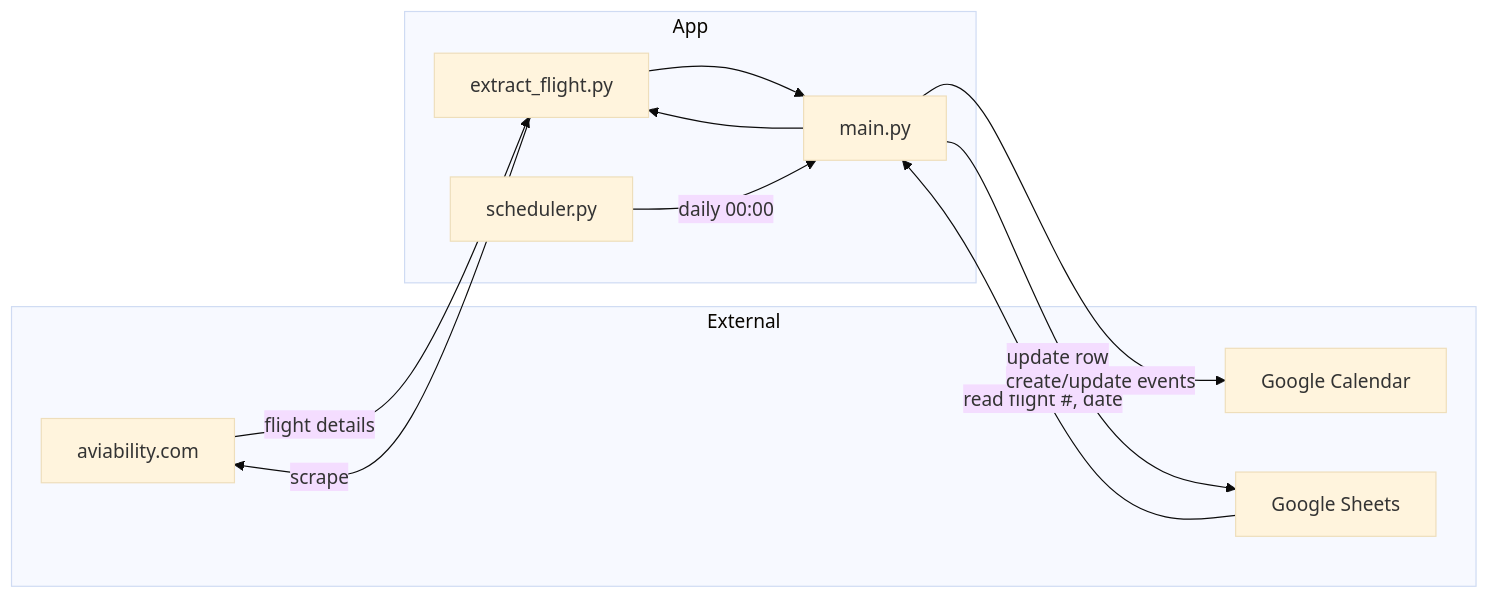
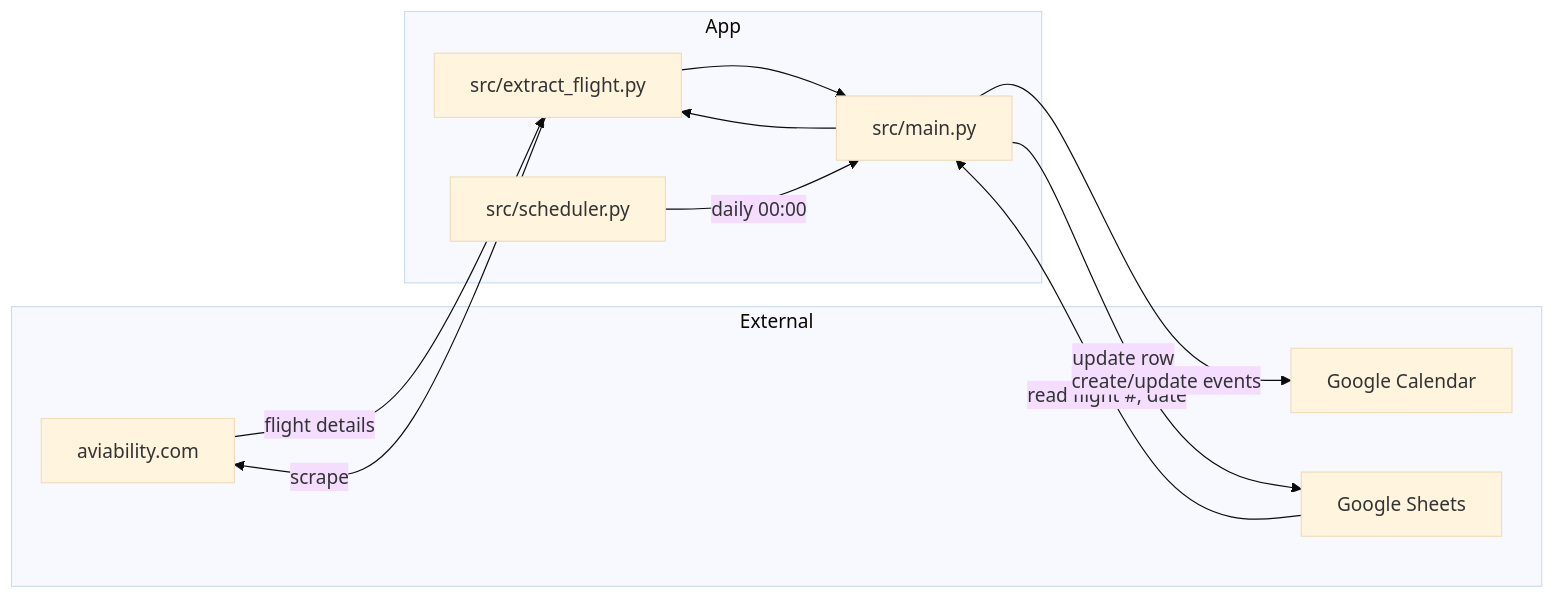
The diagram in README.md (momonala/flight-calendar-updater), drawn with Mermaid (base theme) before and after one commit. The commit also changed other lines of this file and 18 other files, not shown here.

````diff
--- a/README.md
+++ b/README.md
@@ -11,22 +11,22 @@
 ```mermaid
 flowchart LR
     subgraph External
         AV[aviability.com]
         GS[Google Sheets]
         GC[Google Calendar]
     end
     subgraph App
-        M[main.py]
-        EF[extract_flight.py]
-        SCH[scheduler.py]
+        M[src/main.py]
+        EF[src/extract_flight.py]
+        SCH[src/scheduler.py]
     end
     
     GS -->|read flight #, date| M
     M --> EF
     EF -->|scrape| AV
     AV -->|flight details| EF
     EF --> M
     M -->|create/update events| GC
     M -->|update row| GS
     SCH -->|daily 00:00| M
 ```
````
